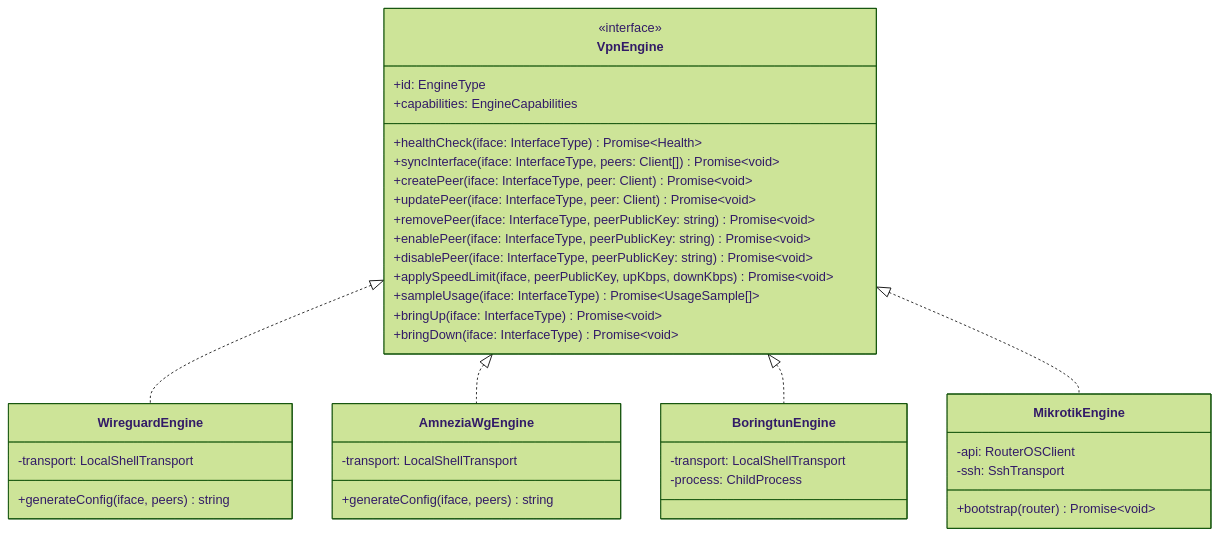
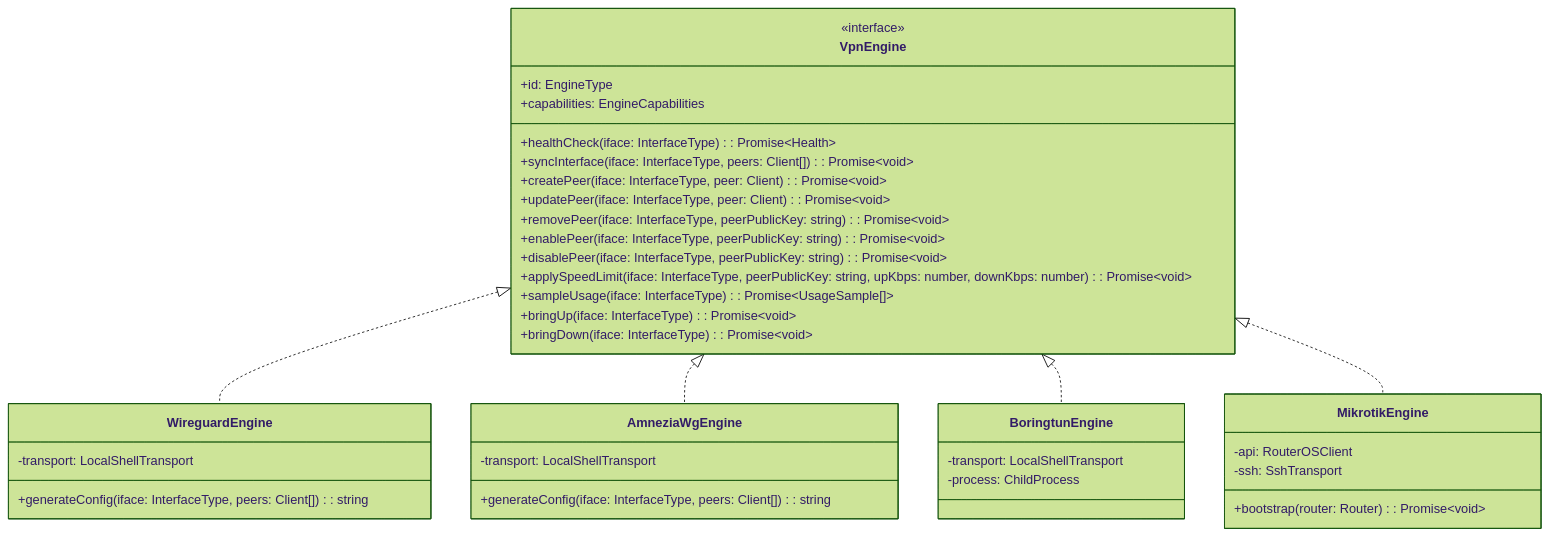
Before and after one commit to manawenuz/wg-easy-vault: the third of 12 diagrams in content/architecture.md, drawn with Mermaid (forest theme). The commit also changed other lines of this file, not shown here.

Commit message:
Fix Mermaid syntax in architecture diagrams

````diff
--- a/content/architecture.md
+++ b/content/architecture.md
@@ -86,42 +86,42 @@
 ```mermaid
 classDiagram
     class VpnEngine {
         <<interface>>
         +id: EngineType
         +capabilities: EngineCapabilities
-        +healthCheck(iface: InterfaceType) Promise~Health~
-        +syncInterface(iface: InterfaceType, peers: Client[]) Promise~void~
-        +createPeer(iface: InterfaceType, peer: Client) Promise~void~
-        +updatePeer(iface: InterfaceType, peer: Client) Promise~void~
-        +removePeer(iface: InterfaceType, peerPublicKey: string) Promise~void~
-        +enablePeer(iface: InterfaceType, peerPublicKey: string) Promise~void~
-        +disablePeer(iface: InterfaceType, peerPublicKey: string) Promise~void~
-        +applySpeedLimit(iface, peerPublicKey, upKbps, downKbps) Promise~void~
-        +sampleUsage(iface: InterfaceType) Promise~UsageSample[]~
-        +bringUp(iface: InterfaceType) Promise~void~
-        +bringDown(iface: InterfaceType) Promise~void~
+        +healthCheck(iface: InterfaceType): Promise~Health~
+        +syncInterface(iface: InterfaceType, peers: Client[]): Promise~void~
+        +createPeer(iface: InterfaceType, peer: Client): Promise~void~
+        +updatePeer(iface: InterfaceType, peer: Client): Promise~void~
+        +removePeer(iface: InterfaceType, peerPublicKey: string): Promise~void~
+        +enablePeer(iface: InterfaceType, peerPublicKey: string): Promise~void~
+        +disablePeer(iface: InterfaceType, peerPublicKey: string): Promise~void~
+        +applySpeedLimit(iface: InterfaceType, peerPublicKey: string, upKbps: number, downKbps: number): Promise~void~
+        +sampleUsage(iface: InterfaceType): Promise~UsageSample[]~
+        +bringUp(iface: InterfaceType): Promise~void~
+        +bringDown(iface: InterfaceType): Promise~void~
     }
 
     class WireguardEngine {
         -transport: LocalShellTransport
-        +generateConfig(iface, peers) string
+        +generateConfig(iface: InterfaceType, peers: Client[]): string
     }
     class AmneziaWgEngine {
         -transport: LocalShellTransport
-        +generateConfig(iface, peers) string
+        +generateConfig(iface: InterfaceType, peers: Client[]): string
     }
     class BoringtunEngine {
         -transport: LocalShellTransport
         -process: ChildProcess
     }
     class MikrotikEngine {
         -api: RouterOSClient
         -ssh: SshTransport
-        +bootstrap(router) Promise~void~
+        +bootstrap(router: Router): Promise~void~
     }
 
     VpnEngine <|.. WireguardEngine
     VpnEngine <|.. AmneziaWgEngine
     VpnEngine <|.. BoringtunEngine
     VpnEngine <|.. MikrotikEngine
 ```
````
